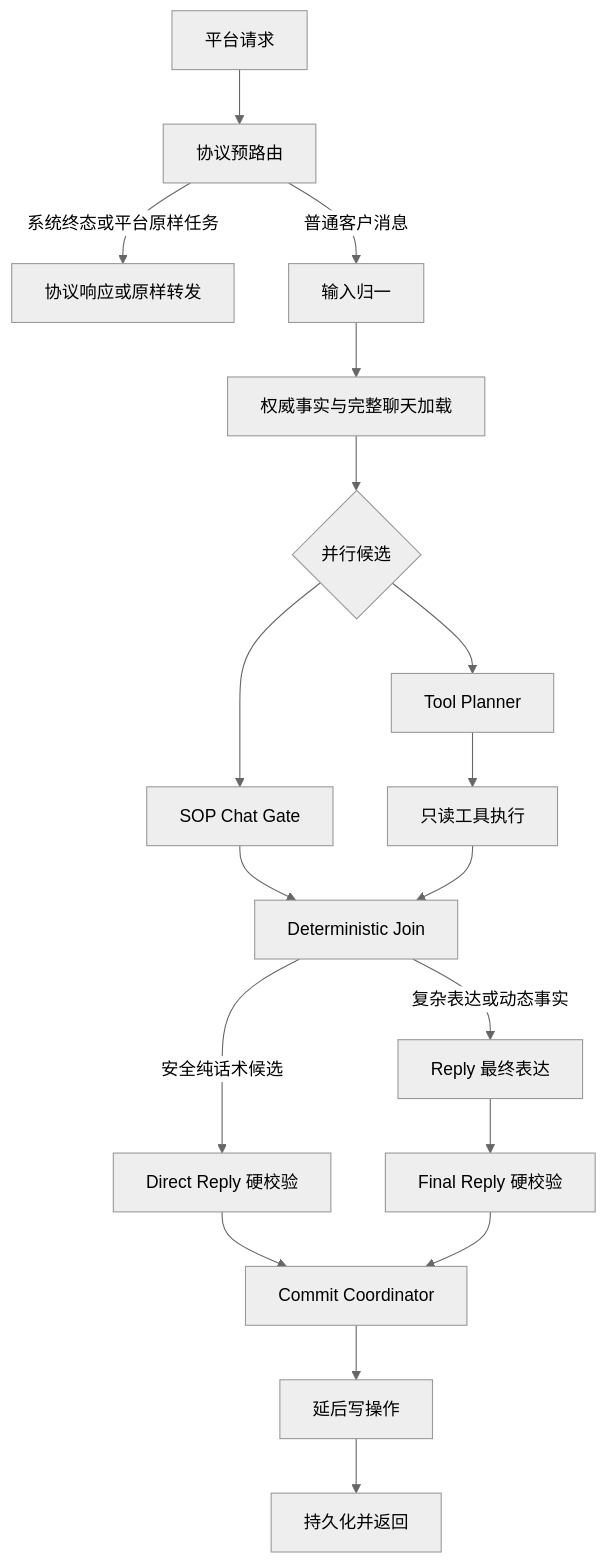
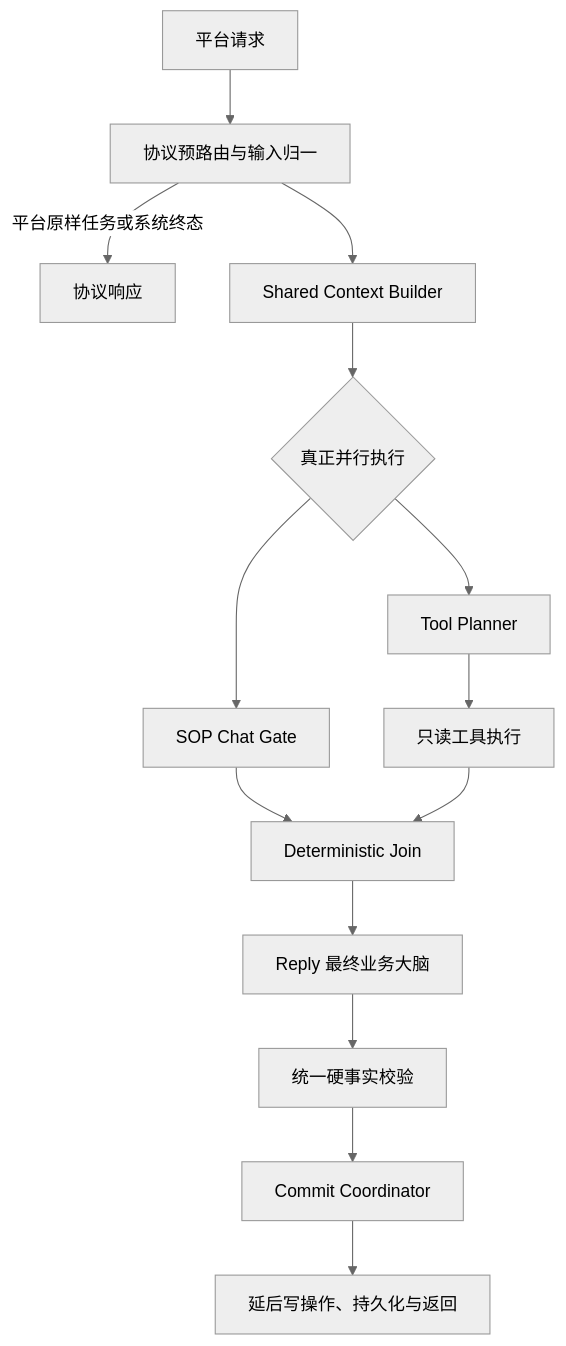
Before and after one commit to loxucongue/wework_ai_customer-service: the diagram in docs/parallel_gate_planner_refactor_plan.md, drawn with Mermaid (neutral theme). The commit also changed other lines of this file and 123 other files, not shown here.

````diff
--- a/docs/parallel_gate_planner_refactor_plan.md
+++ b/docs/parallel_gate_planner_refactor_plan.md
@@ -40,20 +41,16 @@
 ```mermaid
 flowchart TD
-    A["平台请求"] --> P0["协议预路由"]
-    P0 -->|"系统终态或平台原样任务"| O0["协议响应或原样转发"]
-    P0 -->|"普通客户消息"| N["输入归一"]
-    N --> E["权威事实与完整聊天加载"]
-    E --> B{"并行候选"}
-    B --> G["SOP Chat Gate"]
-    B --> TP["Tool Planner"]
-    TP --> RX["只读工具执行"]
+    A["平台请求"] --> B["协议预路由与输入归一"]
+    B -->|"平台原样任务或系统终态"| Z["协议响应"]
+    B --> C["Shared Context Builder"]
+    C --> D{"真正并行执行"}
+    D --> G["SOP Chat Gate"]
+    D --> P["Tool Planner"]
+    P --> T["只读工具执行"]
     G --> J["Deterministic Join"]
-    RX --> J
-    J -->|"安全纯话术候选"| DV["Direct Reply 硬校验"]
-    J -->|"复杂表达或动态事实"| R["Reply 最终表达"]
-    R --> FV["Final Reply 硬校验"]
-    DV --> C["Commit Coordinator"]
-    FV --> C
-    C --> W["延后写操作"]
-    W --> O["持久化并返回"]
+    T --> J
+    J --> R["Reply 最终业务大脑"]
+    R --> V["统一硬事实校验"]
+    V --> K["Commit Coordinator"]
+    K --> W["延后写操作、持久化与返回"]
 ```
````
